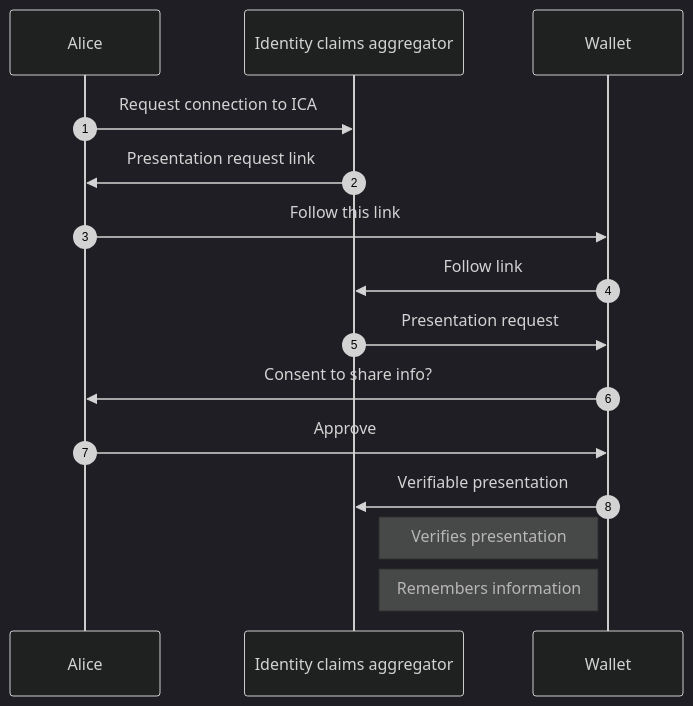
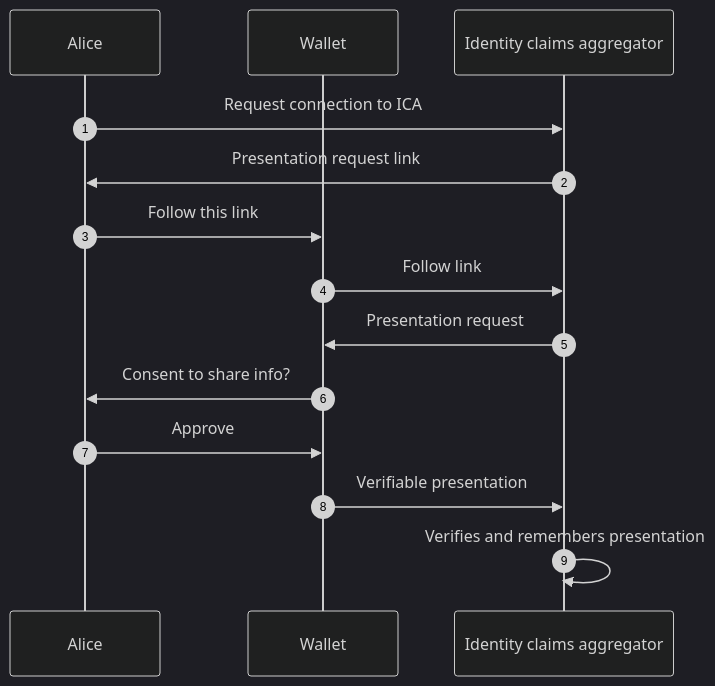
One commit to creator-assertions/identity-assertion changed the second of 4 diagrams in docs/modules/ROOT/pages/index.adoc. Above: the diagram before and after it, drawn with Mermaid (dark theme). The commit also changed other lines of this file, not shown here.

```diff
--- a/docs/modules/ROOT/pages/index.adoc
+++ b/docs/modules/ROOT/pages/index.adoc
@@ -789,21 +789,19 @@
 [mermaid,width=100%]
 ....
 sequenceDiagram
   autonumber
   participant A as Alice
+  participant W as Wallet
   participant ICA as Identity claims aggregator
-  participant W as Wallet
 
   A ->> ICA: Request connection to ICA
   ICA ->> A: Presentation request link
 
   A ->> W: Follow this link
   W ->> ICA: Follow link
   ICA ->> W: Presentation request
   W ->> A: Consent to share info?
   A ->> W: Approve
   W ->> ICA: Verifiable presentation
-
-  note right of ICA: Verifies presentation
-  note right of ICA: Remembers information
+  ICA ->> ICA: Verifies and remembers presentation
 ....
```
